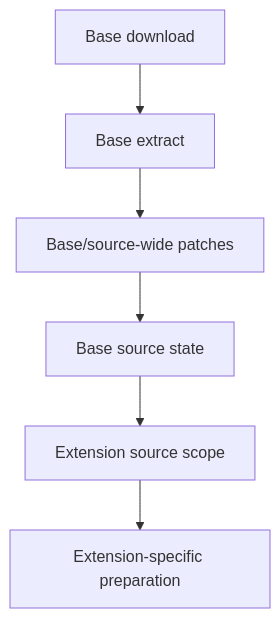
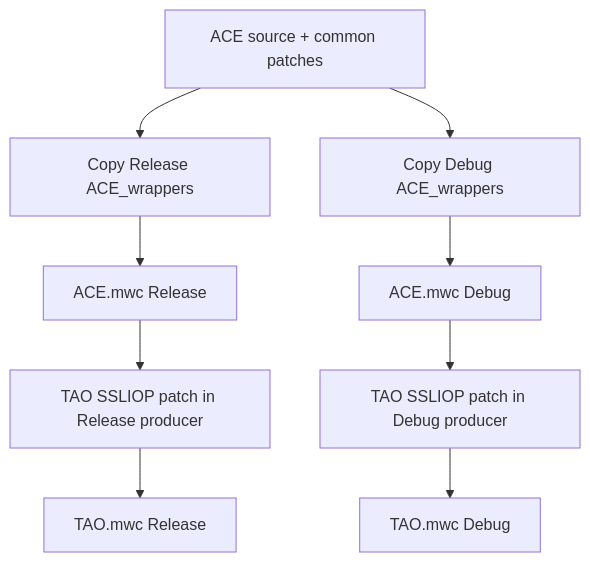
One commit to adeccscholar/BuildEngine-Admin changed the third of 8 diagrams in admin/server-docs/build-libraries.md. Above: the diagram before and after it, drawn with Mermaid. The commit also changed other lines of this file, not shown here.

Commit message:
Align library contract docs with producer-safe extensions

````diff
--- a/admin/server-docs/build-libraries.md
+++ b/admin/server-docs/build-libraries.md
@@ -174,8 +150,11 @@
 ```mermaid
 flowchart TD
-    BD[Base download] --> BX[Base extract]
-    BX --> BP[Base/source-wide patches]
-    BP --> BS[Base source state]
-    BS --> ES[Extension source scope]
-    ES --> EP[Extension-specific preparation]
+    S[ACE source + common patches] --> CR[Copy Release ACE_wrappers]
+    S --> CD[Copy Debug ACE_wrappers]
+    CR --> AR[ACE.mwc Release]
+    CD --> AD[ACE.mwc Debug]
+    AR --> PR[TAO SSLIOP patch in Release producer]
+    AD --> PD[TAO SSLIOP patch in Debug producer]
+    PR --> TR[TAO.mwc Release]
+    PD --> TD[TAO.mwc Debug]
 ```
````
